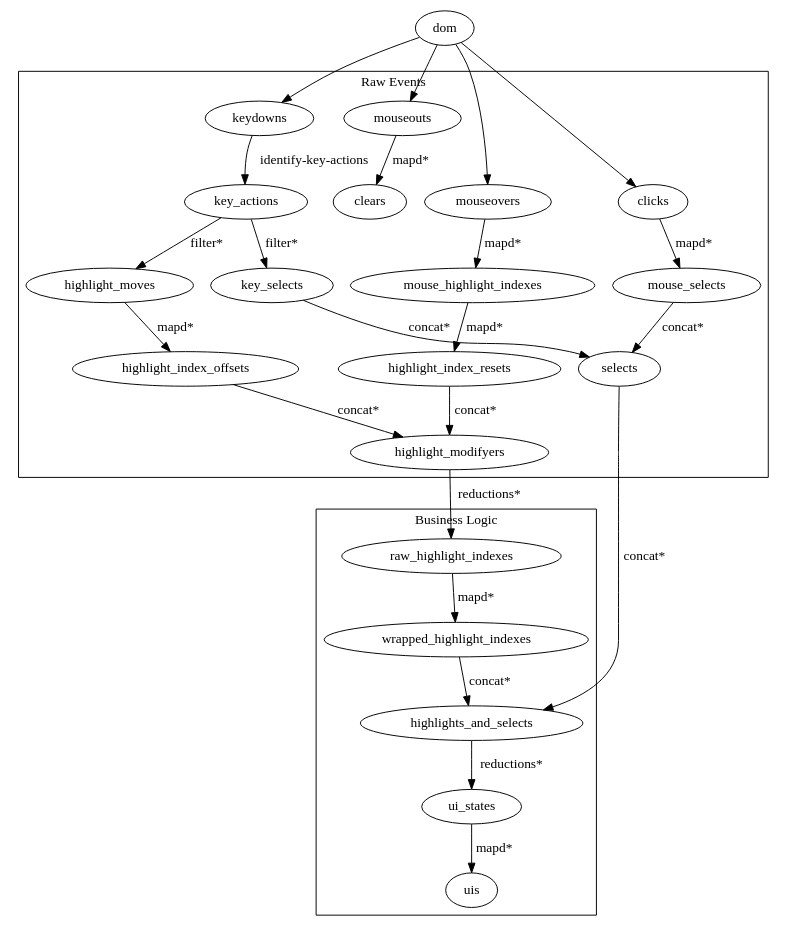
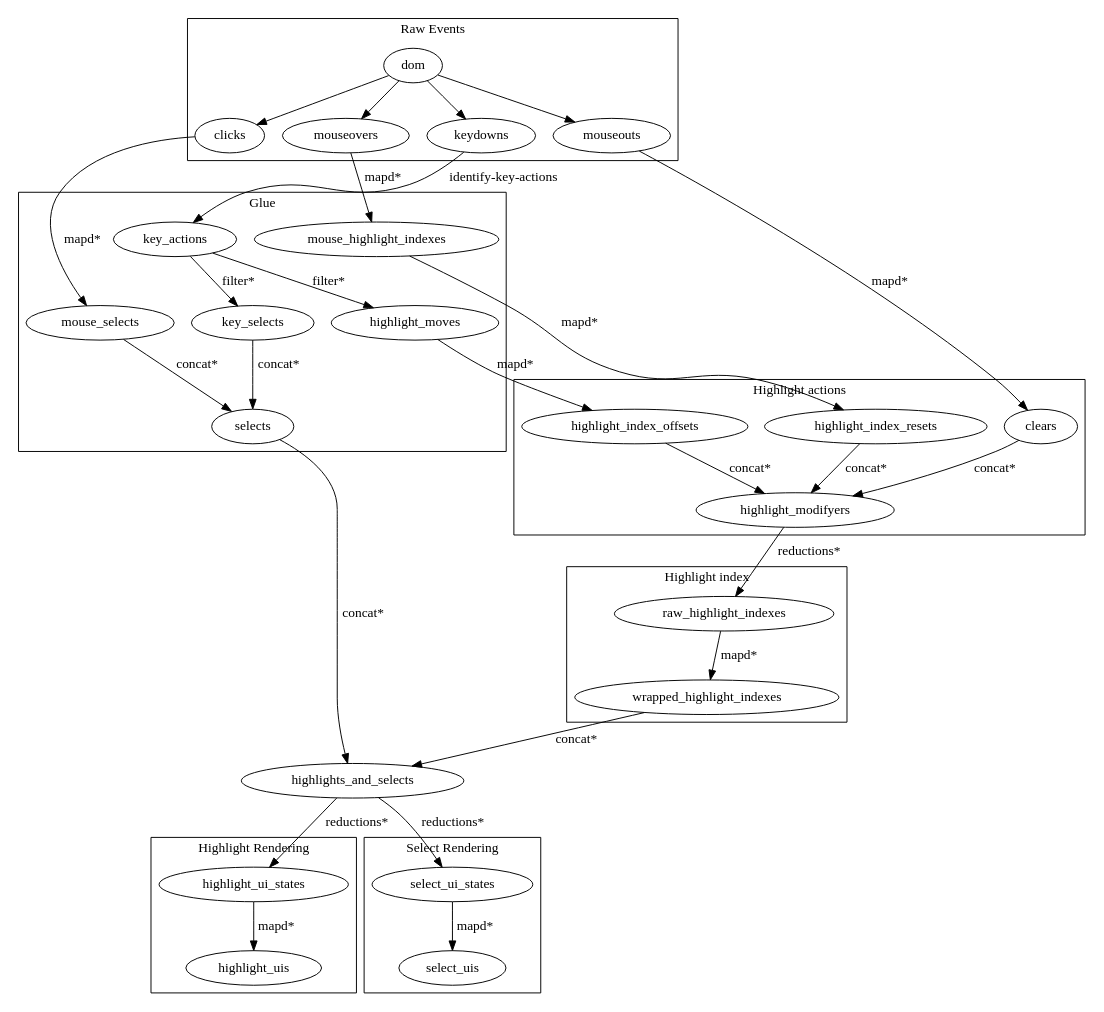
The diagram in doc/data-flow-new.dot (logaan/extracting-processes), drawn with Graphviz before and after one commit. The commit also changed 2 other files, not shown here.

Commit message:
rendering out to pres

```diff
--- a/doc/data-flow-new.dot
+++ b/doc/data-flow-new.dot
@@ -1,60 +1,84 @@
 digraph {
   subgraph cluster_raw_events {
-    label = "Raw Events";
+    label = "Raw Events"
 
+    dom
+    mouseovers
     keydowns
-    mouseovers
     mouseouts
     clicks
+  }
+
+  subgraph cluster_highlight_index {
+    label = "Highlight index"
+
+    raw_highlight_indexes
+    wrapped_highlight_indexes
+  }
+
+  subgraph cluster_glue {
+    label = "Glue"
 
     key_actions
+    mouse_highlight_indexes
     key_selects
     mouse_selects
-    clears
+    selects
     highlight_moves
-    mouse_highlight_indexes
-    selects
-
-    highlight_index_offsets
-    highlight_index_resets
-    highlight_modifyers
   }
 
-  subgraph cluster_identified_events {
-    label = "Business Logic";
-    raw_highlight_indexes
-    wrapped_highlight_indexes
-    highlights_and_selects
-    ui_states
-    uis
+  subgraph cluster_highlight_actions {
+    label = "Highlight actions"
+
+    highlight_index_resets
+    highlight_index_offsets
+    highlight_modifyers
+    clears
+  }
+
+  subgraph cluster_highlight_rendering {
+    label = "Highlight Rendering"
+
+    highlight_ui_states
+    highlight_uis
+  }
+
+  subgraph cluster_select_rendering {
+    label = "Select Rendering"
+
+    select_ui_states
+    select_uis
   }
 
   dom                       -> keydowns
   dom                       -> mouseovers
   dom                       -> mouseouts
   dom                       -> clicks
 
   keydowns                  -> key_actions [label="identify-key-actions"]
   key_actions               -> key_selects [label="filter*"]
   clicks                    -> mouse_selects [label="mapd*"]
   key_selects               -> selects [label="concat*"]
   mouse_selects             -> selects [label="concat*"]
   key_actions               -> highlight_moves [label="filter*"]
   mouseouts                 -> clears [label="mapd*"]
 
   highlight_moves           -> highlight_index_offsets [label="mapd*"] 
   mouseovers                -> mouse_highlight_indexes [label="mapd*"]
   mouse_highlight_indexes   -> highlight_index_resets [label="mapd*"]
 
+  clears                    -> highlight_modifyers [label="concat*"]
   highlight_index_offsets   -> highlight_modifyers [label="concat*"]
   highlight_index_resets    -> highlight_modifyers [label="concat*"]
   highlight_modifyers       -> raw_highlight_indexes [label="reductions*"]
   raw_highlight_indexes     -> wrapped_highlight_indexes [label="mapd*"]
 
   wrapped_highlight_indexes -> highlights_and_selects [label="concat*"]
   selects                   -> highlights_and_selects [label="concat*"]
 
-  highlights_and_selects    -> ui_states [label="reductions*"]
+  highlights_and_selects    -> highlight_ui_states [label="reductions*"]
+  highlight_ui_states       -> highlight_uis [label="mapd*"]
 
-  ui_states                 -> uis [label="mapd*"]
+  highlights_and_selects    -> select_ui_states [label="reductions*"]
+  select_ui_states          -> select_uis [label="mapd*"]
 }
```
